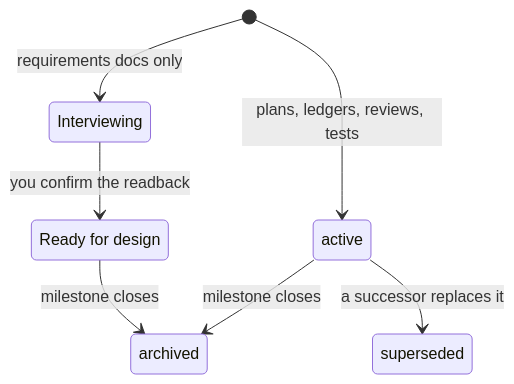
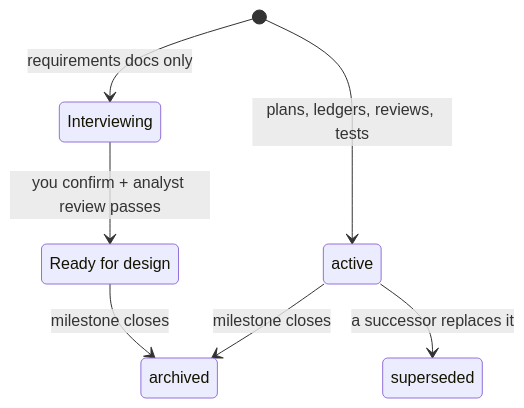
One commit to mauriciobs666/graphmind-ai-lab changed the eighth of 10 diagrams in claude/docs/manuals/agent-team.md. Above: the diagram before and after it, drawn with Mermaid. The commit also changed other lines of this file and 27 other files, not shown here.

````diff
--- a/claude/docs/manuals/agent-team.md
+++ b/claude/docs/manuals/agent-team.md
@@ -288,10 +288,10 @@
 ```mermaid
 stateDiagram-v2
     state "Ready for design" as ReadyForDesign
     [*] --> Interviewing: requirements docs only
-    Interviewing --> ReadyForDesign: you confirm the readback
+    Interviewing --> ReadyForDesign: you confirm + analyst review passes
     [*] --> active: plans, ledgers, reviews, tests
     ReadyForDesign --> archived: milestone closes
     active --> superseded: a successor replaces it
     active --> archived: milestone closes
 ```
````
